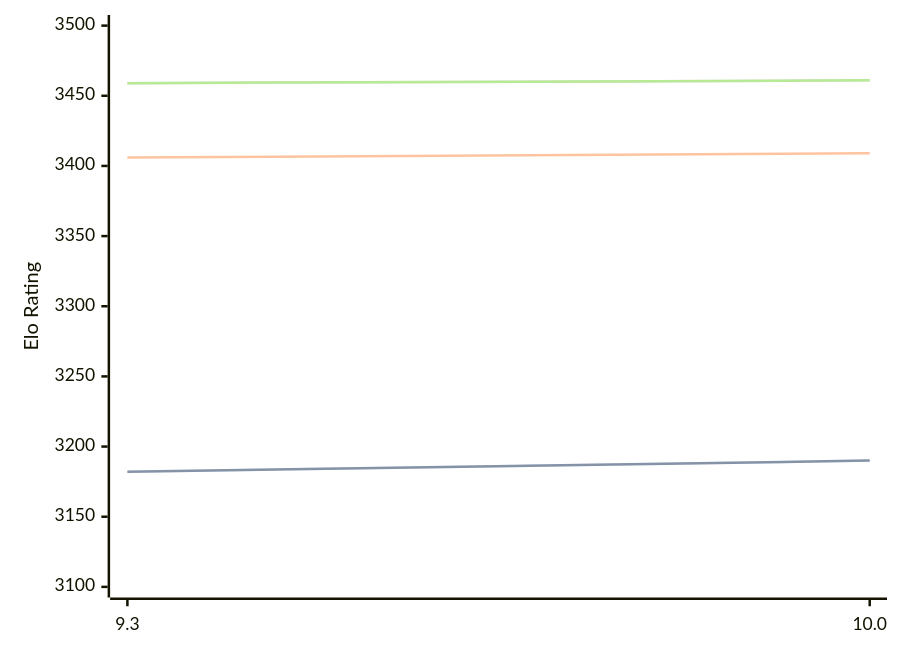
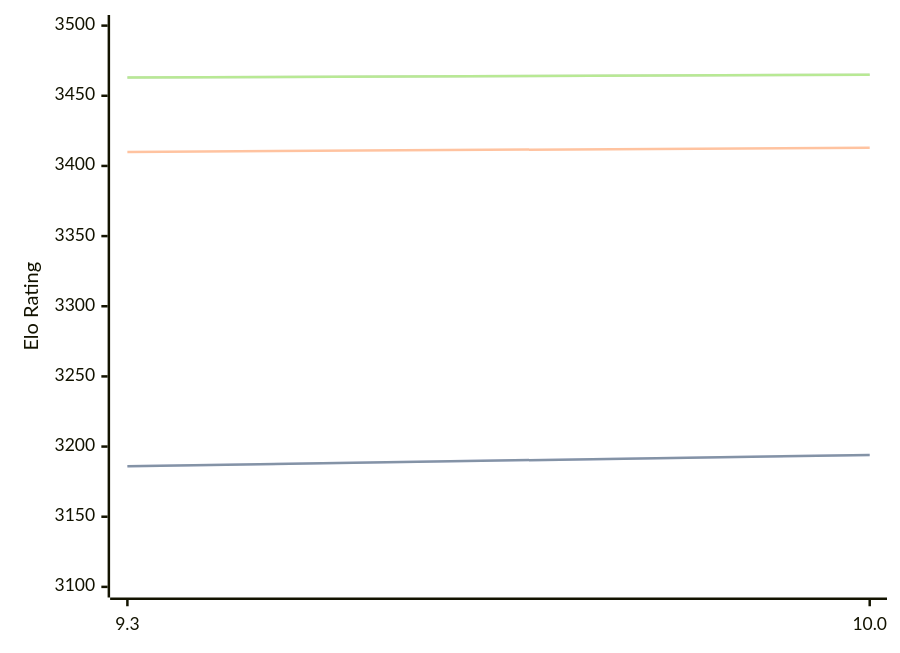
The diagram in engines/Fire.md (computer-chess-index/cci), drawn with Mermaid before and after one commit. The commit also changed other lines of this file, not shown here.

Commit message:
Update CCI Ratings (ELO VLTC) - 2026-04-18

````diff
--- a/engines/Fire.md
+++ b/engines/Fire.md
@@ -47,11 +47,11 @@
 ```mermaid
 %%{init: {"theme":"base","themeVariables":{"seriesColors:['#a3a3a3','#222221','#faa371']}}}%%
 xychart-beta
   x-axis ["9.3", "10.0"]
   y-axis "Elo Rating" 3100 --> 3500
-  line "STC (8.0+0.08s)" [3182, 3190]
-  line "STC (8.0+0.08s)" [3182, 3190]
-  line "LTC (60.0+0.60s)" [3406, 3409]
-  line "VLTC (2m24s+1.12s)" [3459, 3461]
-  line "VLTC (2m24s+1.12s)" [3459, 3461]
+  line "STC (8.0+0.08s)" [3186, 3194]
+  line "STC (8.0+0.08s)" [3186, 3194]
+  line "LTC (60.0+0.60s)" [3410, 3413]
+  line "VLTC (2m24s+1.12s)" [3463, 3465]
+  line "VLTC (2m24s+1.12s)" [3463, 3465]
 ```
````
